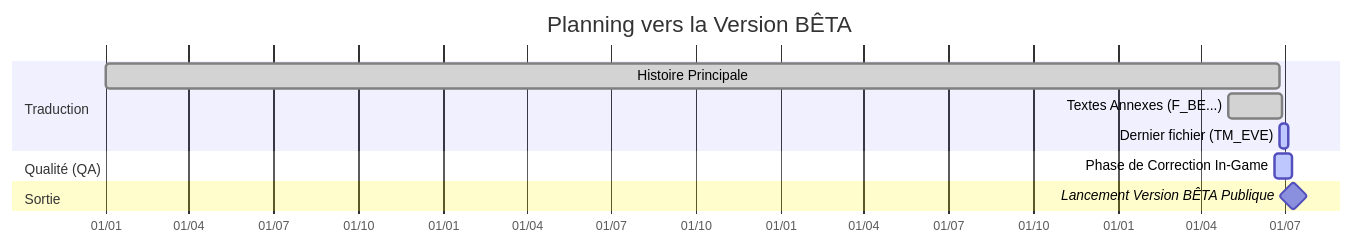
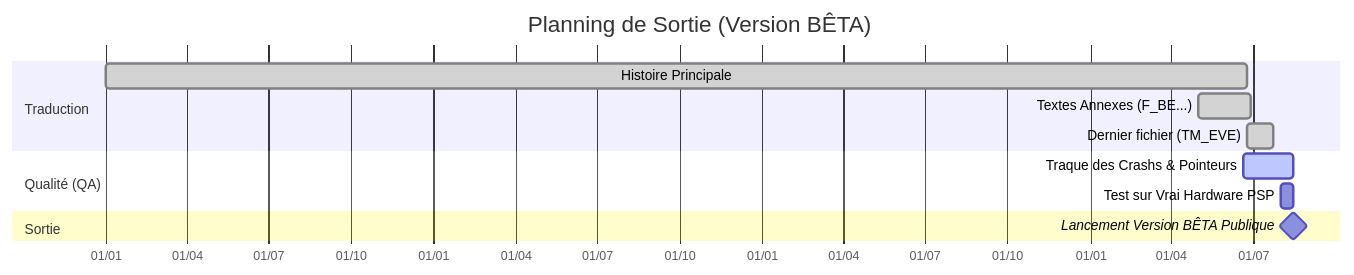
The second of 2 diagrams in SUIVI.md (Grimoire-du-Coeur/P2-IS-FR-PSP), drawn with Mermaid before and after one commit. The commit also changed other lines of this file, not shown here.

Commit message:
Docs: Refonte de SUIVI.md (Harmonisation et MàJ du Planning)

````diff
--- a/SUIVI.md
+++ b/SUIVI.md
@@ -70,17 +72,18 @@
 ```mermaid
 gantt
-    title Planning vers la Version BÊTA
+    title Planning de Sortie (Version BÊTA)
     dateFormat  YYYY-MM-DD
     axisFormat  %d/%m
     
     section Traduction
     Histoire Principale      :done,    des1, 2023-01-01, 2026-06-25
     Textes Annexes (F_BE...) :done,    des2, 2026-05-01, 2026-06-28
-    Dernier fichier (TM_EVE) :active,  des3, 2026-06-25, 2026-07-05
+    Dernier fichier (TM_EVE) :done,    des3, 2026-06-25, 2026-07-24
     
     section Qualité (QA)
-    Phase de Correction In-Game :active,  rel1, 2026-06-20, 2026-07-09
+    Traque des Crashs & Pointeurs :active,  rel1, 2026-06-20, 2026-08-15
+    Test sur Vrai Hardware PSP    :         rel2, 2026-08-01, 2026-08-15
     
     section Sortie
-    Lancement Version BÊTA Publique   :milestone, 2026-07-10, 0d
+    Lancement Version BÊTA Publique   :milestone, 2026-08-15, 0d
 ```
````
